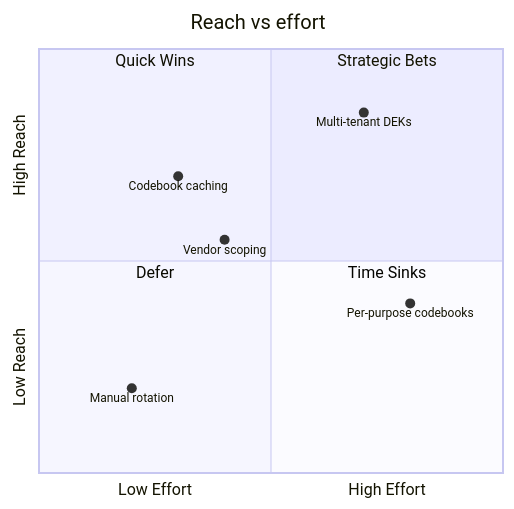
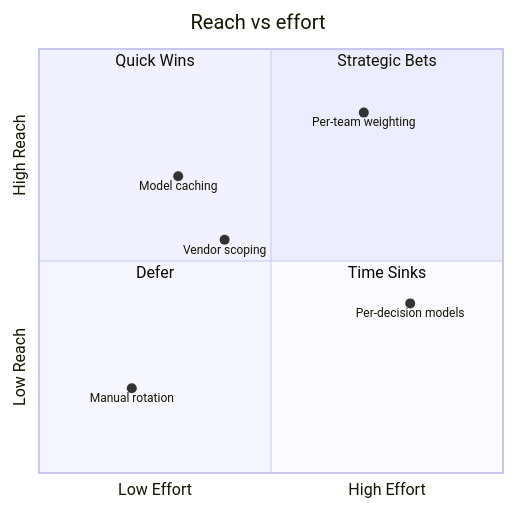
The ninth of 25 diagrams in lib/components/diagram/diagram/diagram.gallery.md (SlideWright/lattice), drawn with Mermaid before and after one commit. The commit also changed other lines of this file and 4 other files, not shown here.

First line of the commit message:
content: re-theme the diagram + baseline showcase decks off codebook

````diff
--- a/lib/components/diagram/diagram/diagram.gallery.md
+++ b/lib/components/diagram/diagram/diagram.gallery.md
@@ -271,15 +271,15 @@
 ```mermaid
 quadrantChart
   title Reach vs effort
   x-axis Low Effort --> High Effort
   y-axis Low Reach --> High Reach
   quadrant-1 Strategic Bets
   quadrant-2 Quick Wins
   quadrant-3 Defer
   quadrant-4 Time Sinks
-  Codebook caching: [0.3, 0.7]
-  Multi-tenant DEKs: [0.7, 0.85]
-  Per-purpose codebooks: [0.8, 0.4]
+  Model caching: [0.3, 0.7]
+  Per-team weighting: [0.7, 0.85]
+  Per-decision models: [0.8, 0.4]
   Vendor scoping: [0.4, 0.55]
   Manual rotation: [0.2, 0.2]
 ```
````
